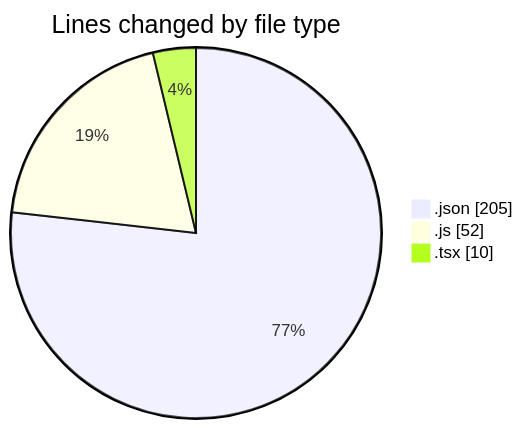
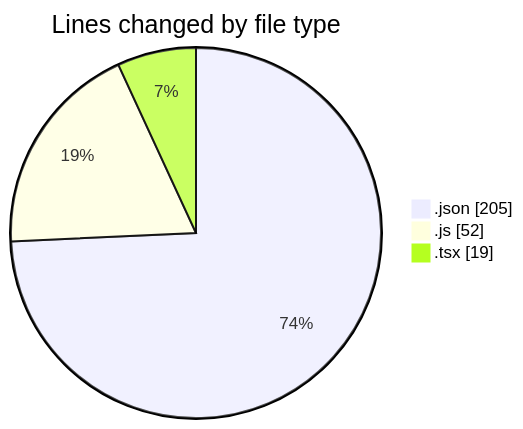
Before and after one commit to Elitesun/code-tracking: the first of 2 diagrams in 2025-04-01/product-detail-page/README.md, drawn with Mermaid. The commit also changed other lines of this file and 1 other file, not shown here.

````diff
--- a/2025-04-01/product-detail-page/README.md
+++ b/2025-04-01/product-detail-page/README.md
@@ -25,7 +25,7 @@
 ```mermaid
 pie showData
 title Lines changed by file type
 ".json" : 205
 ".js" : 52
-".tsx" : 10
+".tsx" : 19
 ```
````
